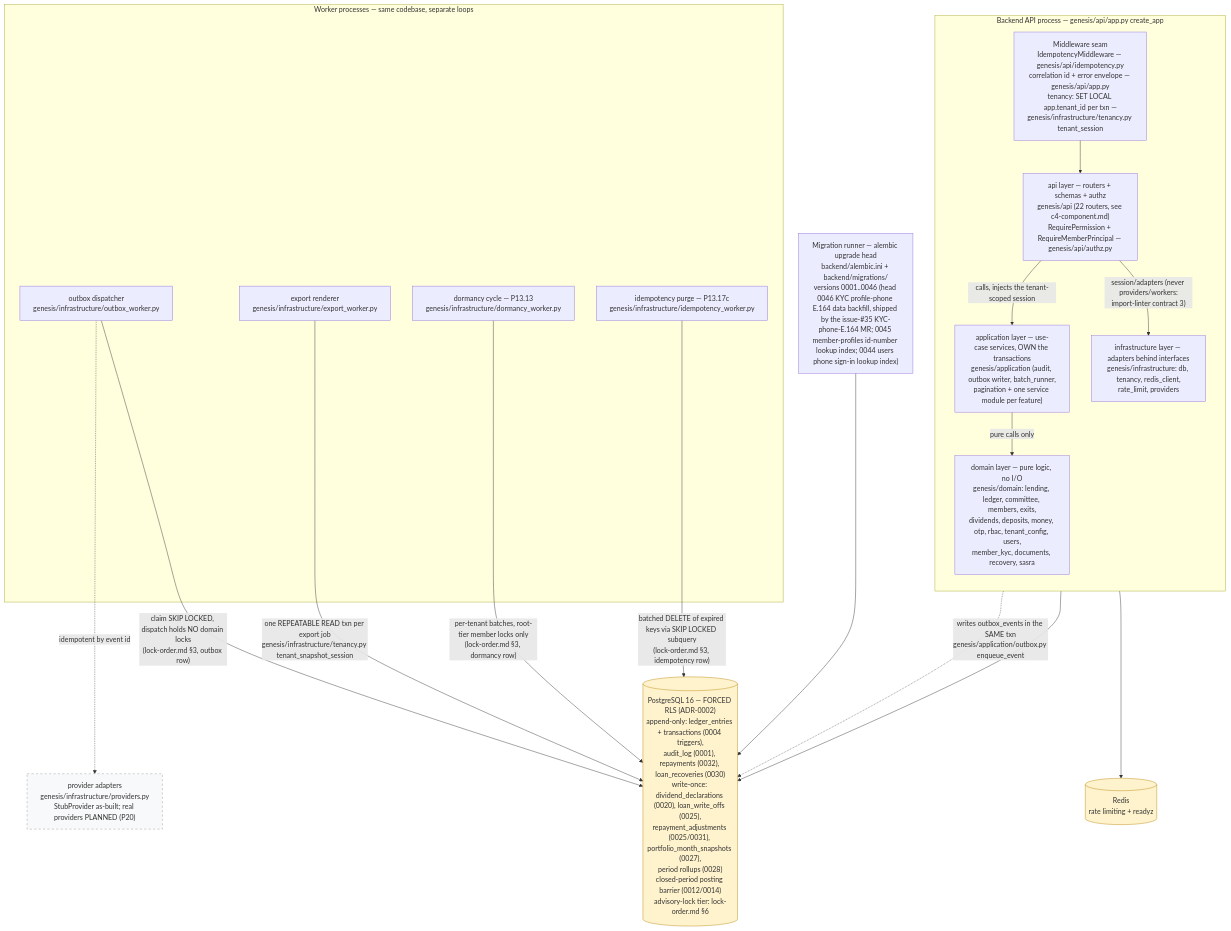
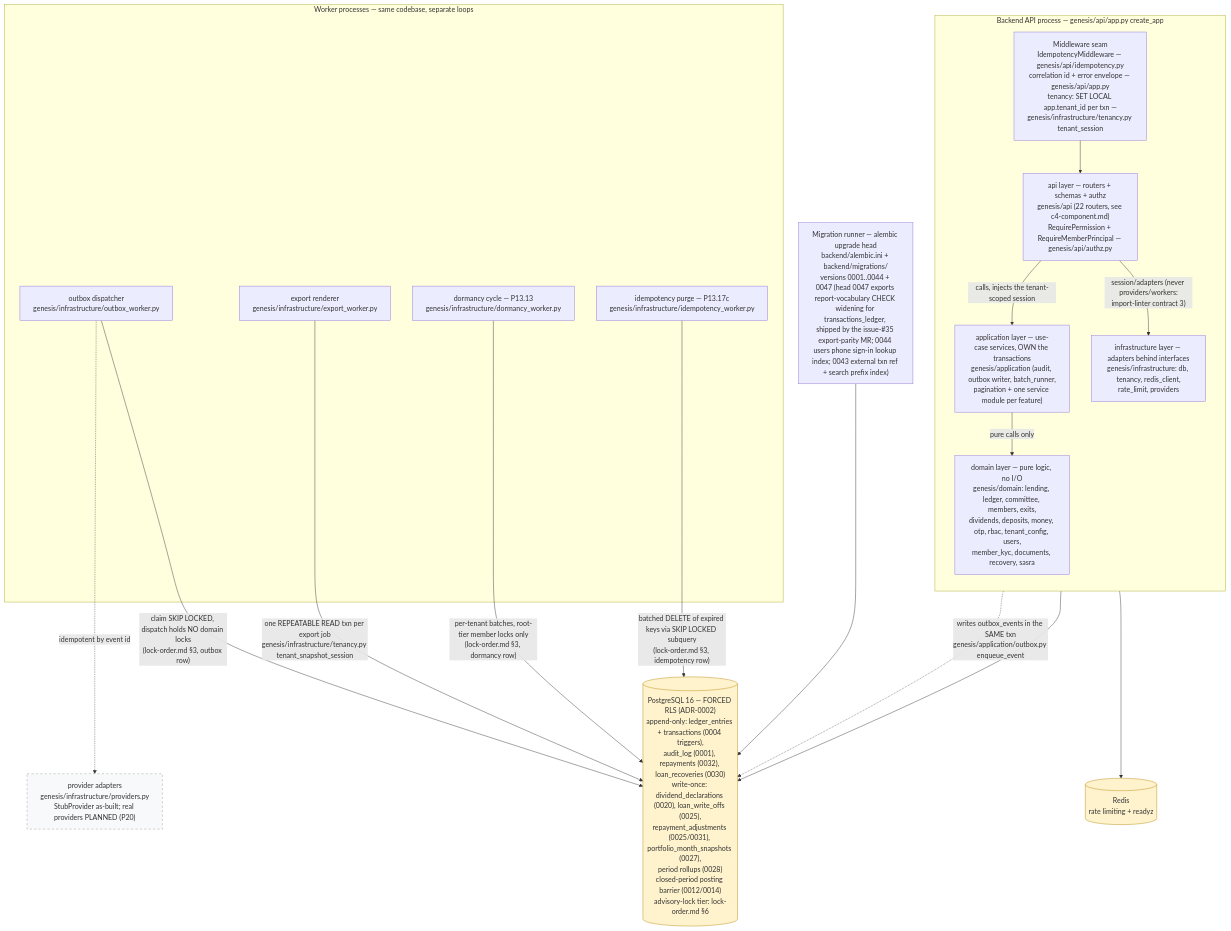
The diagram in docs/diagrams/c4-container.md (Benson-Kim/genesis-sacco-core), drawn with Mermaid before and after one commit. The commit also changed other lines of this file and 13 other files, not shown here.

Commit message:
feat: export parity — transactions-ledger register export through the existing engine

````diff
--- a/docs/diagrams/c4-container.md
+++ b/docs/diagrams/c4-container.md
@@ -80,45 +87,45 @@
 ```mermaid
 flowchart TB
     %% Authored against main @ 08541b860f1445b16c342c39b6606d86b9dbeb17
     %% L2 containers — layering per backend/pyproject.toml [tool.importlinter].
 
     subgraph BE["Backend API process — genesis/api/app.py create_app"]
         direction TB
         MW["Middleware seam<br/>IdempotencyMiddleware — genesis/api/idempotency.py<br/>correlation id + error envelope — genesis/api/app.py<br/>tenancy: SET LOCAL app.tenant_id per txn —<br/>genesis/infrastructure/tenancy.py tenant_session"]
         APIL["api layer — routers + schemas + authz<br/>genesis/api (22 routers, see c4-component.md)<br/>RequirePermission + RequireMemberPrincipal — genesis/api/authz.py"]
         APPL["application layer — use-case services, OWN the transactions<br/>genesis/application (audit, outbox writer, batch_runner,<br/>pagination + one service module per feature)"]
         DOM["domain layer — pure logic, no I/O<br/>genesis/domain: lending, ledger, committee, members, exits,<br/>dividends, deposits, money, otp, rbac, tenant_config, users,<br/>member_kyc, documents, recovery, sasra"]
         INF["infrastructure layer — adapters behind interfaces<br/>genesis/infrastructure: db, tenancy, redis_client,<br/>rate_limit, providers"]
         MW --> APIL
         APIL -->|"calls, injects the tenant-scoped session"| APPL
         APPL -->|"pure calls only"| DOM
         APIL -->|"session/adapters (never providers/workers:<br/>import-linter contract 3)"| INF
     end
 
     subgraph WK["Worker processes — same codebase, separate loops"]
         OBW["outbox dispatcher<br/>genesis/infrastructure/outbox_worker.py"]
         EXW["export renderer<br/>genesis/infrastructure/export_worker.py"]
         DMW["dormancy cycle — P13.13<br/>genesis/infrastructure/dormancy_worker.py"]
         IDW["idempotency purge — P13.17c<br/>genesis/infrastructure/idempotency_worker.py"]
     end
 
-    MIG["Migration runner — alembic upgrade head<br/>backend/alembic.ini + backend/migrations/<br/>versions 0001..0046 (head 0046 KYC profile-phone E.164 data backfill, shipped by the issue-#35 KYC-phone-E.164 MR; 0045 member-profiles id-number lookup index; 0044 users phone sign-in lookup index)"]
+    MIG["Migration runner — alembic upgrade head<br/>backend/alembic.ini + backend/migrations/<br/>versions 0001..0044 + 0047 (head 0047 exports report-vocabulary CHECK widening for transactions_ledger, shipped by the issue-#35 export-parity MR; 0044 users phone sign-in lookup index; 0043 external txn ref + search prefix index)"]
 
     PG[("PostgreSQL 16 — FORCED RLS (ADR-0002)<br/>append-only: ledger_entries + transactions (0004 triggers),<br/>audit_log (0001), repayments (0032), loan_recoveries (0030)<br/>write-once: dividend_declarations (0020), loan_write_offs (0025),<br/>repayment_adjustments (0025/0031), portfolio_month_snapshots (0027),<br/>period rollups (0028)<br/>closed-period posting barrier (0012/0014)<br/>advisory-lock tier: lock-order.md §6")]
     RD[("Redis<br/>rate limiting + readyz")]
 
     APPL -.->|"writes outbox_events in the SAME txn<br/>genesis/application/outbox.py enqueue_event"| PG
     INF --> PG
     INF --> RD
     OBW -->|"claim SKIP LOCKED, dispatch holds NO domain locks<br/>(lock-order.md §3, outbox row)"| PG
     EXW -->|"one REPEATABLE READ txn per export job<br/>genesis/infrastructure/tenancy.py tenant_snapshot_session"| PG
     DMW -->|"per-tenant batches, root-tier member locks only<br/>(lock-order.md §3, dormancy row)"| PG
     IDW -->|"batched DELETE of expired keys via SKIP LOCKED subquery<br/>(lock-order.md §3, idempotency row)"| PG
     OBW -.->|"idempotent by event id"| PROV["provider adapters<br/>genesis/infrastructure/providers.py<br/>StubProvider as-built; real providers PLANNED (P20)"]
     MIG --> PG
 
     classDef store fill:#fff3cd,stroke:#b8860b;
     class PG,RD store;
     classDef planned fill:#f8f9fa,stroke:#999,stroke-dasharray: 5 5;
     class PROV planned;
 ```
````
